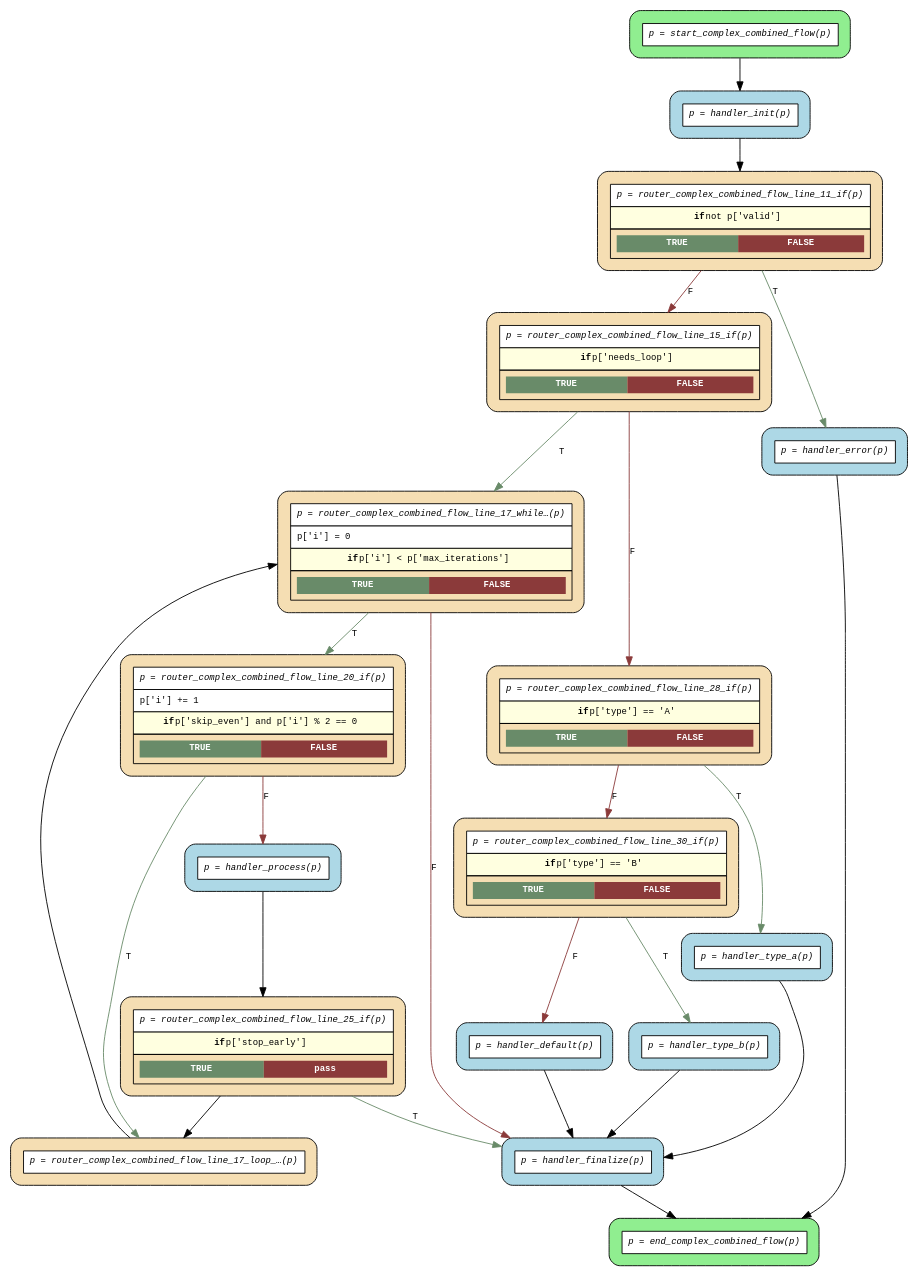
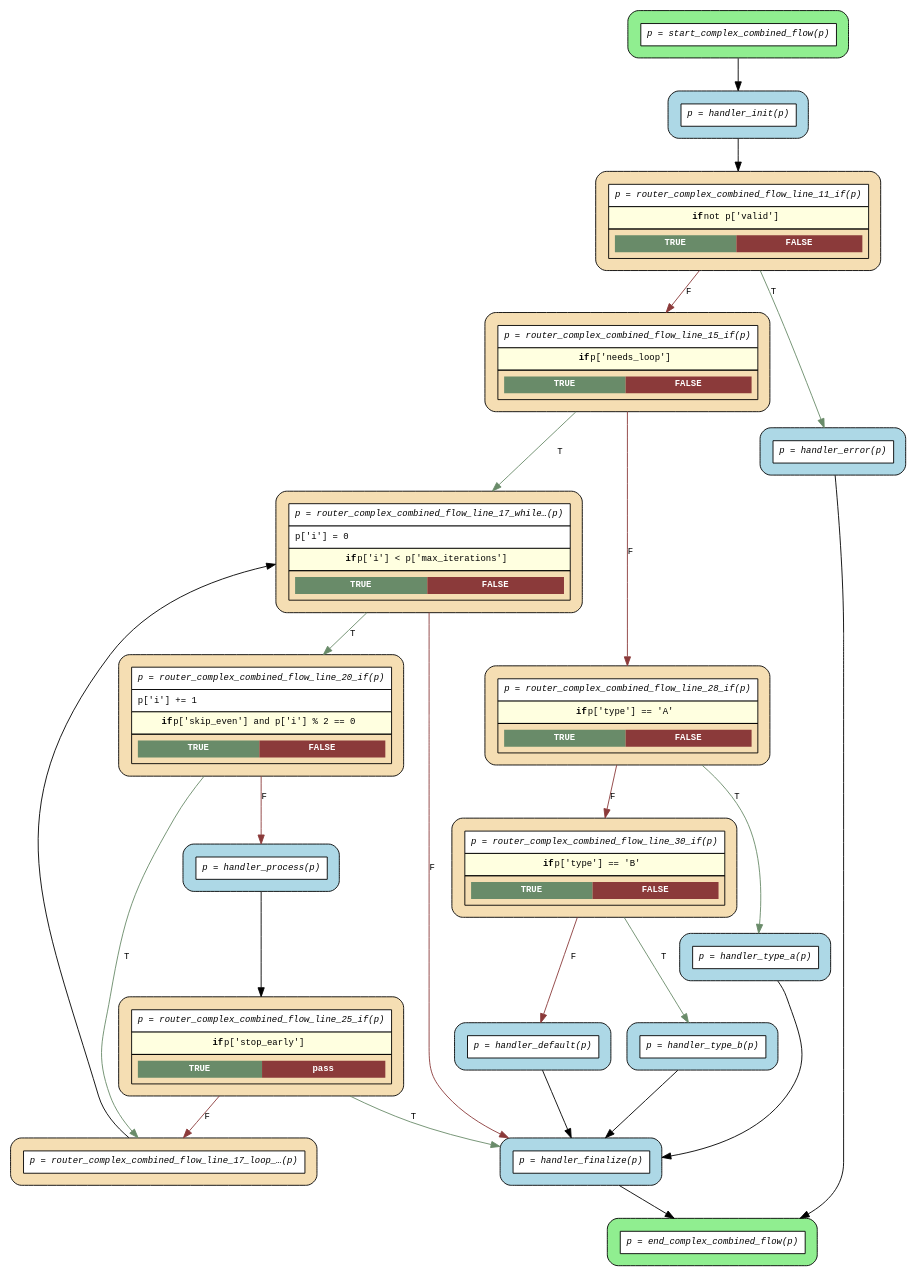
Before and after one commit to deliveryhero/asya: the diagram in examples/flows/compiled/complex_combined/flow.dot, drawn with Graphviz. The commit also changed 12 other files, not shown here.

```diff
--- a/examples/flows/compiled/complex_combined/flow.dot
+++ b/examples/flows/compiled/complex_combined/flow.dot
@@ -1,48 +1,48 @@
 digraph flow {
   rankdir=TB;
   graph [fontname="Courier", fontsize=10];
   node [fontname="Courier", fontsize=10, shape=box, style="filled,rounded", margin="0.2"];
   edge [fontname="Courier", fontsize=10];
 
   start_complex_combined_flow [fillcolor="lightgreen", label=<<table border="0" cellspacing="0" cellpadding="6" cellborder="1"><tr><td bgcolor="white" align="center"><i>p = start_complex_combined_flow(p)</i></td></tr></table>>];
   router_complex_combined_flow_line_25_if [fillcolor="wheat", label=<<table border="0" cellspacing="0" cellpadding="6" cellborder="1"><tr><td bgcolor="white" align="center"><i>p = router_complex_combined_flow_line_25_if(p)</i></td></tr><tr><td bgcolor="lightyellow"><b>if</b> p['stop_early']</td></tr><tr><td><table border="0" cellspacing="0" cellpadding="4"><tr><td bgcolor="darkseagreen4"><font color="white"><b>TRUE</b></font></td><td bgcolor="indianred4"><font color="white"><b>pass</b></font></td></tr></table></td></tr></table>>];
   router_complex_combined_flow_line_20_if [fillcolor="wheat", label=<<table border="0" cellspacing="0" cellpadding="6" cellborder="1"><tr><td bgcolor="white" align="center"><i>p = router_complex_combined_flow_line_20_if(p)</i></td></tr><tr><td bgcolor="white" align="left">p['i'] += 1</td></tr><tr><td bgcolor="lightyellow"><b>if</b> p['skip_even'] and p['i'] % 2 == 0</td></tr><tr><td><table border="0" cellspacing="0" cellpadding="4"><tr><td bgcolor="darkseagreen4"><font color="white"><b>TRUE</b></font></td><td bgcolor="indianred4"><font color="white"><b>FALSE</b></font></td></tr></table></td></tr></table>>];
   router_complex_combined_flow_line_17_loop_back_0 [fillcolor="wheat", label=<<table border="0" cellspacing="0" cellpadding="6" cellborder="1"><tr><td bgcolor="white" align="center"><i>p = router_complex_combined_flow_line_17_loop_…(p)</i></td></tr></table>>];
   router_complex_combined_flow_line_17_while_0 [fillcolor="wheat", label=<<table border="0" cellspacing="0" cellpadding="6" cellborder="1"><tr><td bgcolor="white" align="center"><i>p = router_complex_combined_flow_line_17_while…(p)</i></td></tr><tr><td bgcolor="white" align="left">p['i'] = 0</td></tr><tr><td bgcolor="lightyellow"><b>if</b> p['i'] &lt; p['max_iterations']</td></tr><tr><td><table border="0" cellspacing="0" cellpadding="4"><tr><td bgcolor="darkseagreen4"><font color="white"><b>TRUE</b></font></td><td bgcolor="indianred4"><font color="white"><b>FALSE</b></font></td></tr></table></td></tr></table>>];
   router_complex_combined_flow_line_30_if [fillcolor="wheat", label=<<table border="0" cellspacing="0" cellpadding="6" cellborder="1"><tr><td bgcolor="white" align="center"><i>p = router_complex_combined_flow_line_30_if(p)</i></td></tr><tr><td bgcolor="lightyellow"><b>if</b> p['type'] == 'B'</td></tr><tr><td><table border="0" cellspacing="0" cellpadding="4"><tr><td bgcolor="darkseagreen4"><font color="white"><b>TRUE</b></font></td><td bgcolor="indianred4"><font color="white"><b>FALSE</b></font></td></tr></table></td></tr></table>>];
   router_complex_combined_flow_line_28_if [fillcolor="wheat", label=<<table border="0" cellspacing="0" cellpadding="6" cellborder="1"><tr><td bgcolor="white" align="center"><i>p = router_complex_combined_flow_line_28_if(p)</i></td></tr><tr><td bgcolor="lightyellow"><b>if</b> p['type'] == 'A'</td></tr><tr><td><table border="0" cellspacing="0" cellpadding="4"><tr><td bgcolor="darkseagreen4"><font color="white"><b>TRUE</b></font></td><td bgcolor="indianred4"><font color="white"><b>FALSE</b></font></td></tr></table></td></tr></table>>];
   router_complex_combined_flow_line_15_if [fillcolor="wheat", label=<<table border="0" cellspacing="0" cellpadding="6" cellborder="1"><tr><td bgcolor="white" align="center"><i>p = router_complex_combined_flow_line_15_if(p)</i></td></tr><tr><td bgcolor="lightyellow"><b>if</b> p['needs_loop']</td></tr><tr><td><table border="0" cellspacing="0" cellpadding="4"><tr><td bgcolor="darkseagreen4"><font color="white"><b>TRUE</b></font></td><td bgcolor="indianred4"><font color="white"><b>FALSE</b></font></td></tr></table></td></tr></table>>];
   router_complex_combined_flow_line_11_if [fillcolor="wheat", label=<<table border="0" cellspacing="0" cellpadding="6" cellborder="1"><tr><td bgcolor="white" align="center"><i>p = router_complex_combined_flow_line_11_if(p)</i></td></tr><tr><td bgcolor="lightyellow"><b>if</b> not p['valid']</td></tr><tr><td><table border="0" cellspacing="0" cellpadding="4"><tr><td bgcolor="darkseagreen4"><font color="white"><b>TRUE</b></font></td><td bgcolor="indianred4"><font color="white"><b>FALSE</b></font></td></tr></table></td></tr></table>>];
   end_complex_combined_flow [fillcolor="lightgreen", label=<<table border="0" cellspacing="0" cellpadding="6" cellborder="1"><tr><td bgcolor="white" align="center"><i>p = end_complex_combined_flow(p)</i></td></tr></table>>];
   handler_default [fillcolor="lightblue", label=<<table border="0" cellspacing="0" cellpadding="6" cellborder="1"><tr><td bgcolor="white" align="center"><i>p = handler_default(p)</i></td></tr></table>>];
   handler_error [fillcolor="lightblue", label=<<table border="0" cellspacing="0" cellpadding="6" cellborder="1"><tr><td bgcolor="white" align="center"><i>p = handler_error(p)</i></td></tr></table>>];
   handler_finalize [fillcolor="lightblue", label=<<table border="0" cellspacing="0" cellpadding="6" cellborder="1"><tr><td bgcolor="white" align="center"><i>p = handler_finalize(p)</i></td></tr></table>>];
   handler_init [fillcolor="lightblue", label=<<table border="0" cellspacing="0" cellpadding="6" cellborder="1"><tr><td bgcolor="white" align="center"><i>p = handler_init(p)</i></td></tr></table>>];
   handler_process [fillcolor="lightblue", label=<<table border="0" cellspacing="0" cellpadding="6" cellborder="1"><tr><td bgcolor="white" align="center"><i>p = handler_process(p)</i></td></tr></table>>];
   handler_type_a [fillcolor="lightblue", label=<<table border="0" cellspacing="0" cellpadding="6" cellborder="1"><tr><td bgcolor="white" align="center"><i>p = handler_type_a(p)</i></td></tr></table>>];
   handler_type_b [fillcolor="lightblue", label=<<table border="0" cellspacing="0" cellpadding="6" cellborder="1"><tr><td bgcolor="white" align="center"><i>p = handler_type_b(p)</i></td></tr></table>>];
 
   handler_default -> handler_finalize;
   handler_error -> end_complex_combined_flow;
   handler_finalize -> end_complex_combined_flow;
   handler_init -> router_complex_combined_flow_line_11_if;
   handler_process -> router_complex_combined_flow_line_25_if;
   handler_type_a -> handler_finalize;
   handler_type_b -> handler_finalize;
   router_complex_combined_flow_line_11_if -> handler_error [label="T", color=darkseagreen4];
   router_complex_combined_flow_line_11_if -> router_complex_combined_flow_line_15_if [label="F", color=indianred4];
   router_complex_combined_flow_line_15_if -> router_complex_combined_flow_line_17_while_0 [label="T", color=darkseagreen4];
   router_complex_combined_flow_line_15_if -> router_complex_combined_flow_line_28_if [label="F", color=indianred4];
   router_complex_combined_flow_line_17_loop_back_0 -> router_complex_combined_flow_line_17_while_0 [constraint=false];
   router_complex_combined_flow_line_17_while_0 -> handler_finalize [label="F", color=indianred4];
   router_complex_combined_flow_line_17_while_0 -> router_complex_combined_flow_line_20_if [label="T", color=darkseagreen4];
   router_complex_combined_flow_line_20_if -> handler_process [label="F", color=indianred4];
   router_complex_combined_flow_line_20_if -> router_complex_combined_flow_line_17_loop_back_0 [label="T", color=darkseagreen4];
   router_complex_combined_flow_line_25_if -> handler_finalize [label="T", color=darkseagreen4];
-  router_complex_combined_flow_line_25_if -> router_complex_combined_flow_line_17_loop_back_0;
+  router_complex_combined_flow_line_25_if -> router_complex_combined_flow_line_17_loop_back_0 [label="F", color=indianred4];
   router_complex_combined_flow_line_28_if -> handler_type_a [label="T", color=darkseagreen4];
   router_complex_combined_flow_line_28_if -> router_complex_combined_flow_line_30_if [label="F", color=indianred4];
   router_complex_combined_flow_line_30_if -> handler_default [label="F", color=indianred4];
   router_complex_combined_flow_line_30_if -> handler_type_b [label="T", color=darkseagreen4];
   start_complex_combined_flow -> handler_init;
 }
```
